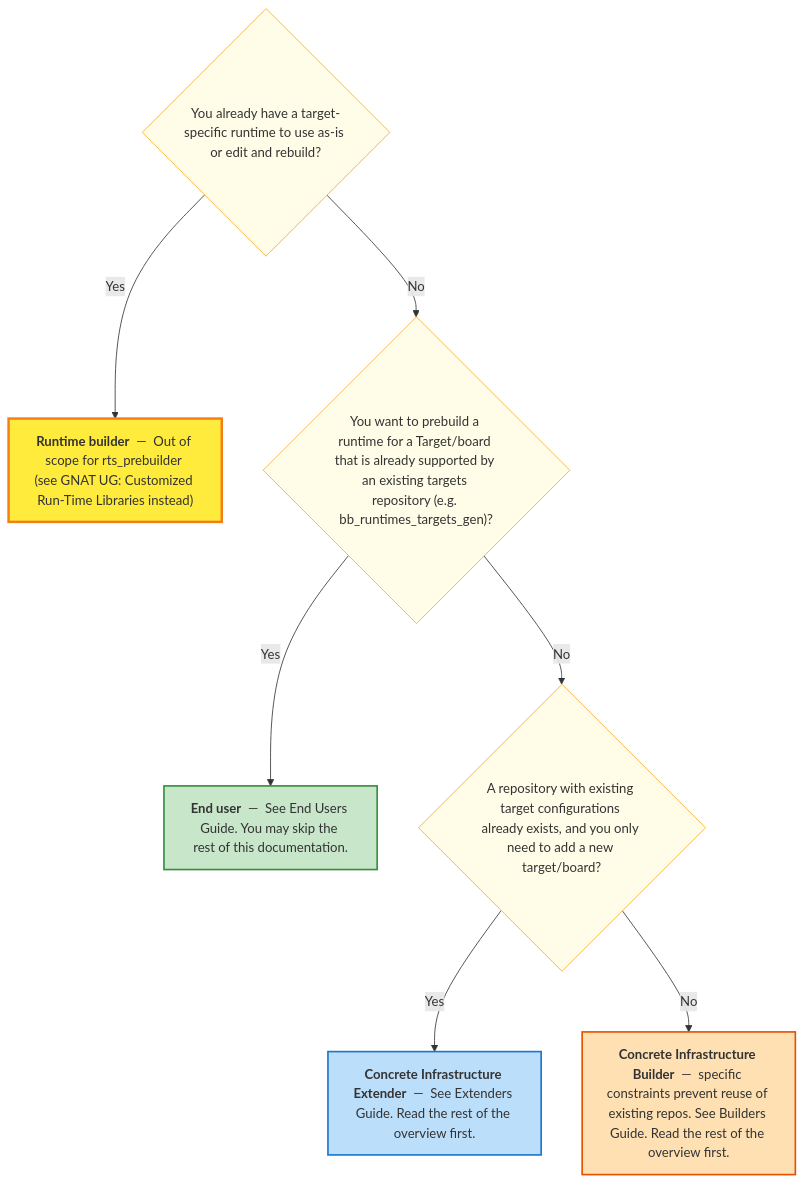
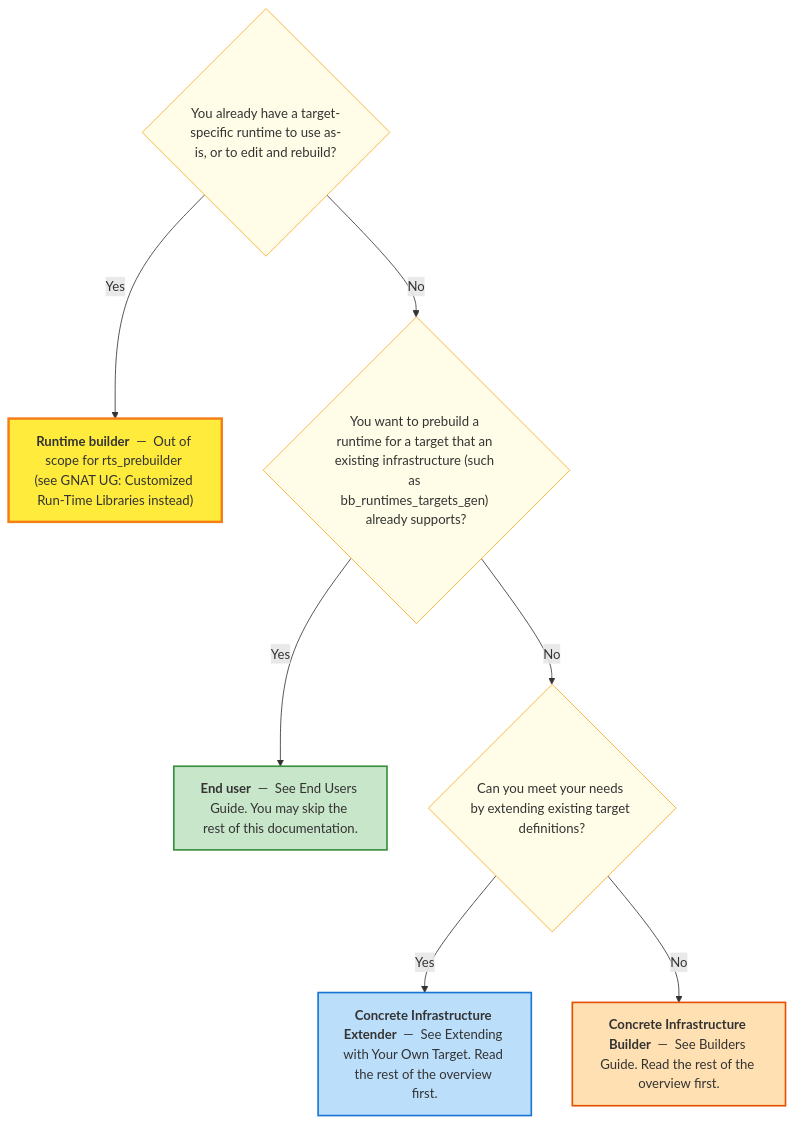
One commit to AdaCore/bb-runtimes changed the second of 2 diagrams in support/rts_prebuilder_project/docs/overview/1_functional.rst. Above: the diagram before and after it, drawn with Mermaid. The commit also changed other lines of this file and 33 other files, not shown here.

```diff
--- a/support/rts_prebuilder_project/docs/overview/1_functional.rst
+++ b/support/rts_prebuilder_project/docs/overview/1_functional.rst
@@ -114,21 +142,21 @@
 .. mermaid::
 
    flowchart TD
-       Q1{"You already have a target-specific runtime to use as-is or edit and rebuild?"}
-       Q1 -- Yes --> RB["<b>Runtime builder</b> &nbsp;—&nbsp; Out of scope for rts_prebuilder (see GNAT UG: Customized Run-Time Libraries instead)"]
-       Q1 -- No --> Q2{"You want to prebuild a runtime for a Target/board that is already supported by an existing targets repository (e.g. bb_runtimes_targets_gen)?"}
-       Q2 -- Yes --> EU["<b>End user</b> &nbsp;—&nbsp; See End Users Guide. You may skip the rest of this documentation."]
-       Q2 -- No --> Q3{"A repository with existing target configurations already exists, and you only need to add a new target/board?"}
-       Q3 -- Yes --> EXT["<b>Concrete Infrastructure Extender</b> &nbsp;—&nbsp; See Extenders Guide. Read the rest of the overview first."]
-       Q3 -- No --> BLD["<b>Concrete Infrastructure Builder</b> &nbsp;—&nbsp; specific constraints prevent reuse of existing repos. See Builders Guide. Read the rest of the overview first."]
-       click RB "https://docs.adacore.com/gnat_ugx-docs/html/gnat_ugx/gnat_ugx/customized_run-time_libraries.html" _blank
-       click EU "../user_guides/end_users_guide.html"
-       click EXT "../user_guides/concrete_infrastructure_extenders.html"
-       click BLD "../user_guides/concrete_infrastructure_builders.html"
-       style RB fill:#ffeb3b,stroke:#f57f17,stroke-width:3px
-       style EU fill:#c8e6c9,stroke:#388e3c,stroke-width:2px
-       style EXT fill:#bbdefb,stroke:#1976d2,stroke-width:2px
-       style BLD fill:#ffe0b2,stroke:#e65100,stroke-width:2px
-       style Q1 fill:#fffde7,stroke:#f9a825
-       style Q2 fill:#fffde7,stroke:#f9a825
-       style Q3 fill:#fffde7,stroke:#f9a825
+      Q1{"You already have a target-specific runtime to use as-is, or to edit and rebuild?"}
+      Q1 -- Yes --> RB["<b>Runtime builder</b> &nbsp;—&nbsp; Out of scope for rts_prebuilder (see GNAT UG: Customized Run-Time Libraries instead)"]
+      Q1 -- No --> Q2{"You want to prebuild a runtime for a target that an existing infrastructure (such as bb_runtimes_targets_gen) already supports?"}
+      Q2 -- Yes --> EU["<b>End user</b> &nbsp;—&nbsp; See End Users Guide. You may skip the rest of this documentation."]
+      Q2 -- No --> Q3{"Can you meet your needs by extending existing target definitions?"}
+      Q3 -- Yes --> EXT["<b>Concrete Infrastructure Extender</b> &nbsp;—&nbsp; See Extending with Your Own Target. Read the rest of the overview first."]
+      Q3 -- No --> BLD["<b>Concrete Infrastructure Builder</b> &nbsp;—&nbsp; See Builders Guide. Read the rest of the overview first."]
+      click RB "https://docs.adacore.com/gnat_ugx-docs/html/gnat_ugx/gnat_ugx/customized_run-time_libraries.html" _blank
+      click EU "../user_guides/end_users_guide.html"
+      click EXT "../user_guides/extending_with_your_own_target.html"
+      click BLD "../user_guides/concrete_infrastructure_builders.html"
+      style RB fill:#ffeb3b,stroke:#f57f17,stroke-width:3px
+      style EU fill:#c8e6c9,stroke:#388e3c,stroke-width:2px
+      style EXT fill:#bbdefb,stroke:#1976d2,stroke-width:2px
+      style BLD fill:#ffe0b2,stroke:#e65100,stroke-width:2px
+      style Q1 fill:#fffde7,stroke:#f9a825
+      style Q2 fill:#fffde7,stroke:#f9a825
+      style Q3 fill:#fffde7,stroke:#f9a825
```
